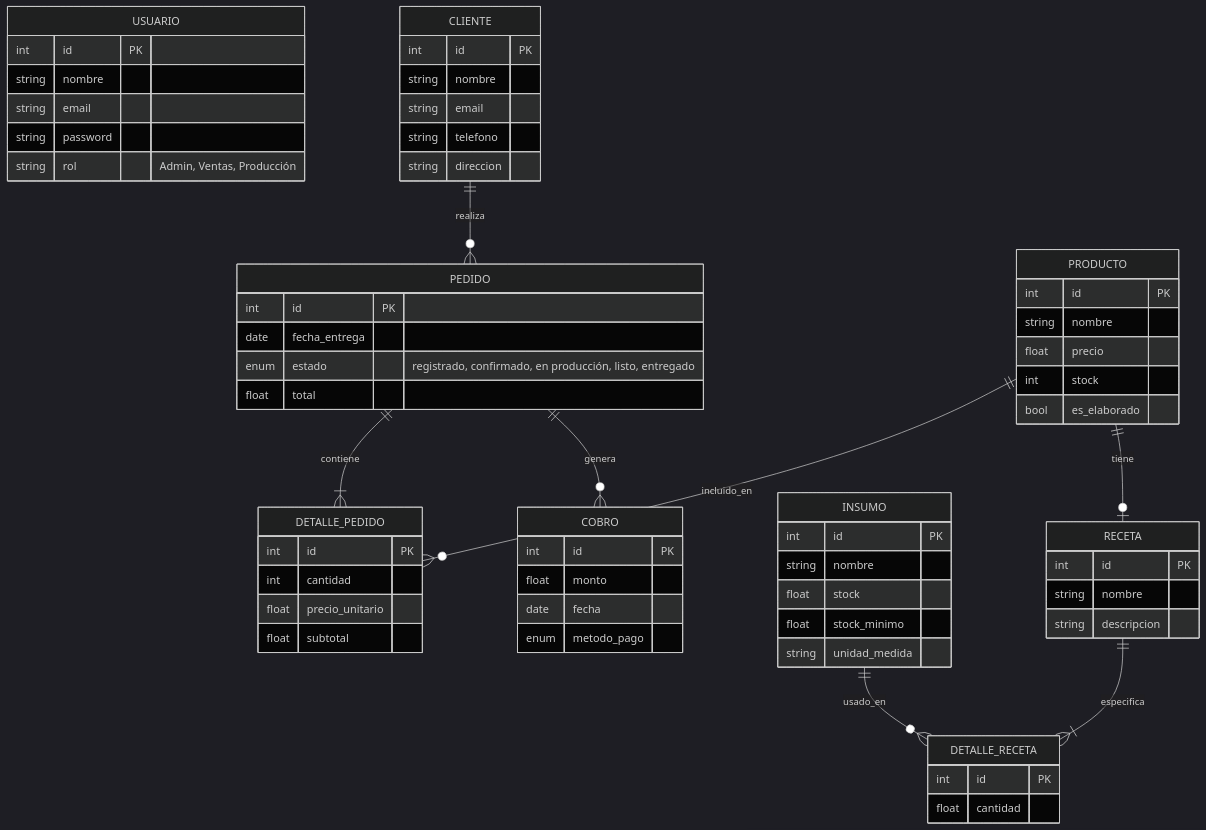
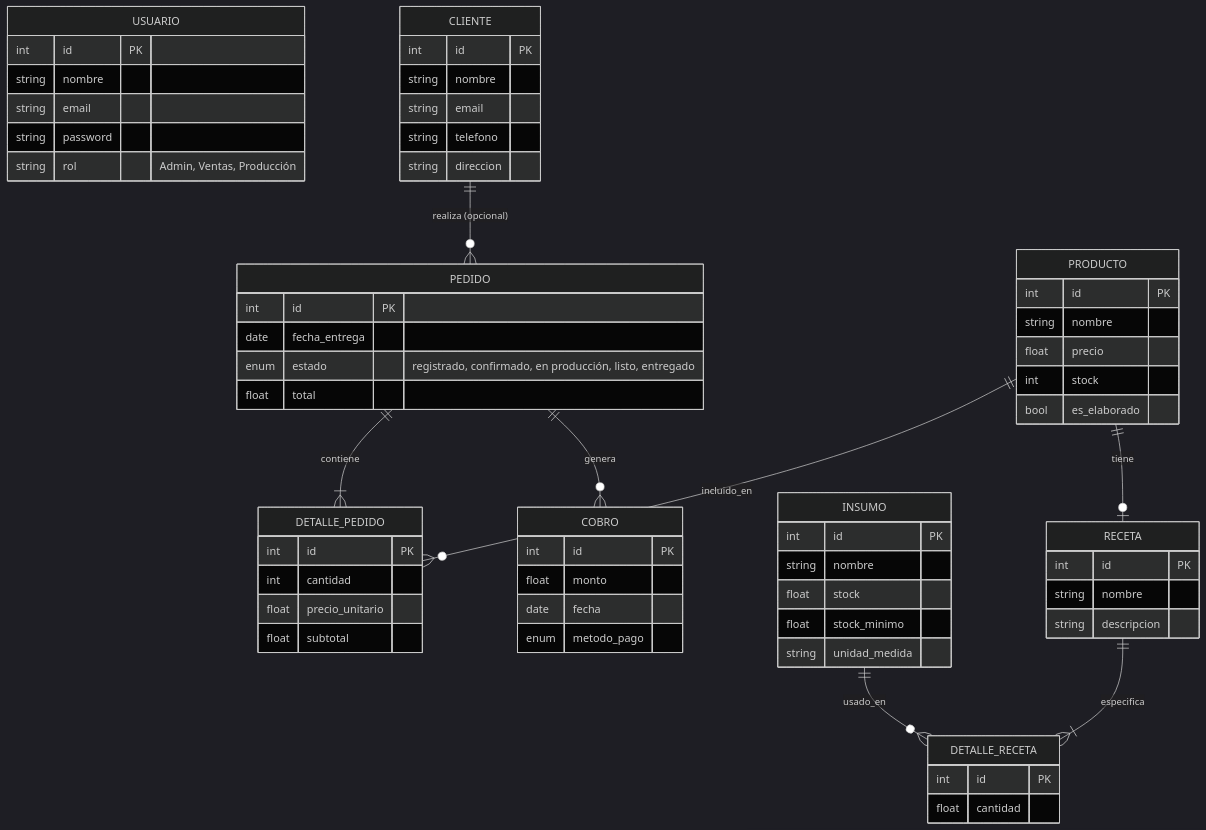
Before and after one commit to Wonback/La-Marquesa: the first of 2 diagrams in README.md, drawn with Mermaid (dark theme). The commit also changed other lines of this file and 39 other files, not shown here.

````diff
--- a/README.md
+++ b/README.md
@@ -39,66 +42,66 @@
 ```mermaid
 erDiagram
     USUARIO {
         int id PK
         string nombre
         string email
         string password
         string rol "Admin, Ventas, Producción"
     }
     CLIENTE {
         int id PK
         string nombre
         string email
         string telefono
         string direccion
     }
     PEDIDO {
         int id PK
         date fecha_entrega
         enum estado "registrado, confirmado, en producción, listo, entregado"
         float total
     }
     DETALLE_PEDIDO {
         int id PK
         int cantidad
         float precio_unitario
         float subtotal
     }
     PRODUCTO {
         int id PK
         string nombre
         float precio
         int stock
         bool es_elaborado
     }
     RECETA {
         int id PK
         string nombre
         string descripcion
     }
     DETALLE_RECETA {
         int id PK
         float cantidad
     }
     INSUMO {
         int id PK
         string nombre
         float stock
         float stock_minimo
         string unidad_medida
     }
     COBRO {
         int id PK
         float monto
         date fecha
         enum metodo_pago
     }
 
-    CLIENTE ||--o{ PEDIDO : realiza
+    CLIENTE ||--o{ PEDIDO : "realiza (opcional)"
     PEDIDO ||--|{ DETALLE_PEDIDO : contiene
     PRODUCTO ||--o{ DETALLE_PEDIDO : incluido_en
     PEDIDO ||--o{ COBRO : genera
     PRODUCTO ||--o| RECETA : tiene
     RECETA ||--|{ DETALLE_RECETA : especifica
     INSUMO ||--o{ DETALLE_RECETA : usado_en
 ```
````
